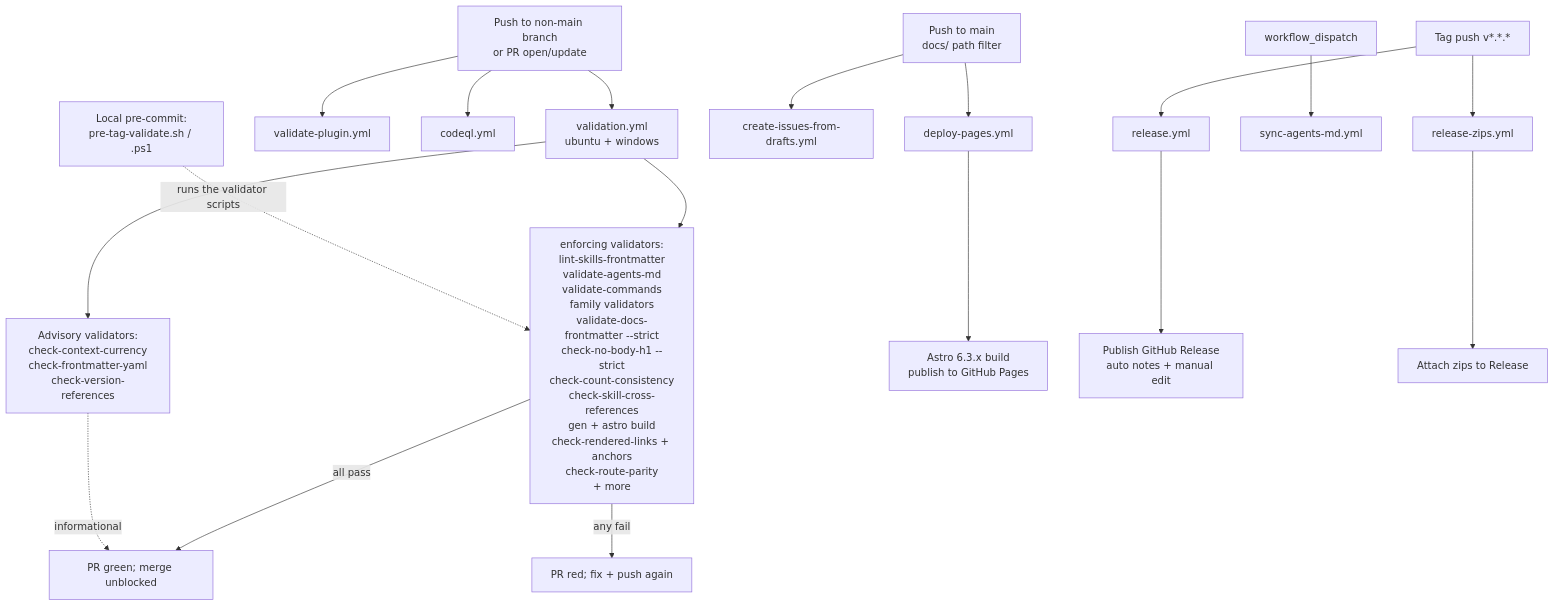
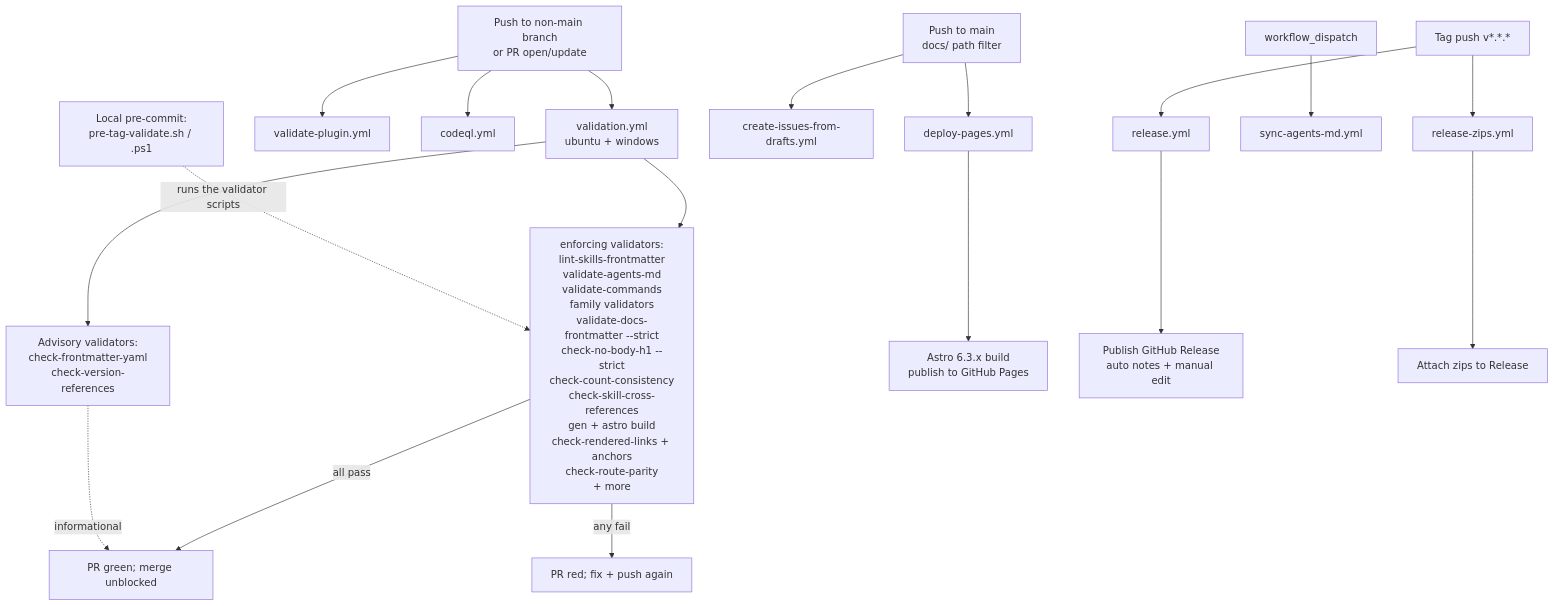
Before and after one commit to product-on-purpose/pm-skills: the diagram in site/src/content/docs/contributing/ci-overview.md, drawn with Mermaid. The commit also changed other lines of this file and 186 other files, not shown here.

````diff
--- a/site/src/content/docs/contributing/ci-overview.md
+++ b/site/src/content/docs/contributing/ci-overview.md
@@ -23,27 +23,27 @@
 ```mermaid
 flowchart TD
     PushPR[Push to non-main branch<br/>or PR open/update] --> Validation[validation.yml<br/>ubuntu + windows]
     PushPR --> Plugin[validate-plugin.yml]
     PushPR --> CodeQL[codeql.yml]
 
     PushMain[Push to main<br/>docs/ path filter] --> Pages[deploy-pages.yml]
     PushMain --> Drafts[create-issues-from-drafts.yml]
 
     TagPush[Tag push v*.*.*] --> Release[release.yml]
     TagPush --> Zips[release-zips.yml]
 
     Manual[workflow_dispatch] --> SyncAgents[sync-agents-md.yml]
 
     Validation --> Enforcing[enforcing validators:<br/>lint-skills-frontmatter<br/>validate-agents-md<br/>validate-commands<br/>family validators<br/>validate-docs-frontmatter --strict<br/>check-no-body-h1 --strict<br/>check-count-consistency<br/>check-skill-cross-references<br/>gen + astro build<br/>check-rendered-links + anchors<br/>check-route-parity<br/>+ more]
-    Validation --> Advisory[Advisory validators:<br/>check-context-currency<br/>check-frontmatter-yaml<br/>check-version-references]
+    Validation --> Advisory[Advisory validators:<br/>check-frontmatter-yaml<br/>check-version-references]
 
     Enforcing -->|all pass| Green[PR green; merge unblocked]
     Enforcing -->|any fail| Red[PR red; fix + push again]
     Advisory -.->|informational| Green
 
     Pages --> Site[Astro 6.3.x build<br/>publish to GitHub Pages]
     Release --> GH[Publish GitHub Release<br/>auto notes + manual edit]
     Zips --> Artifacts[Attach zips to Release]
 
     Local[Local pre-commit:<br/>pre-tag-validate.sh / .ps1] -.->|runs the validator scripts| Enforcing
 ```
````
